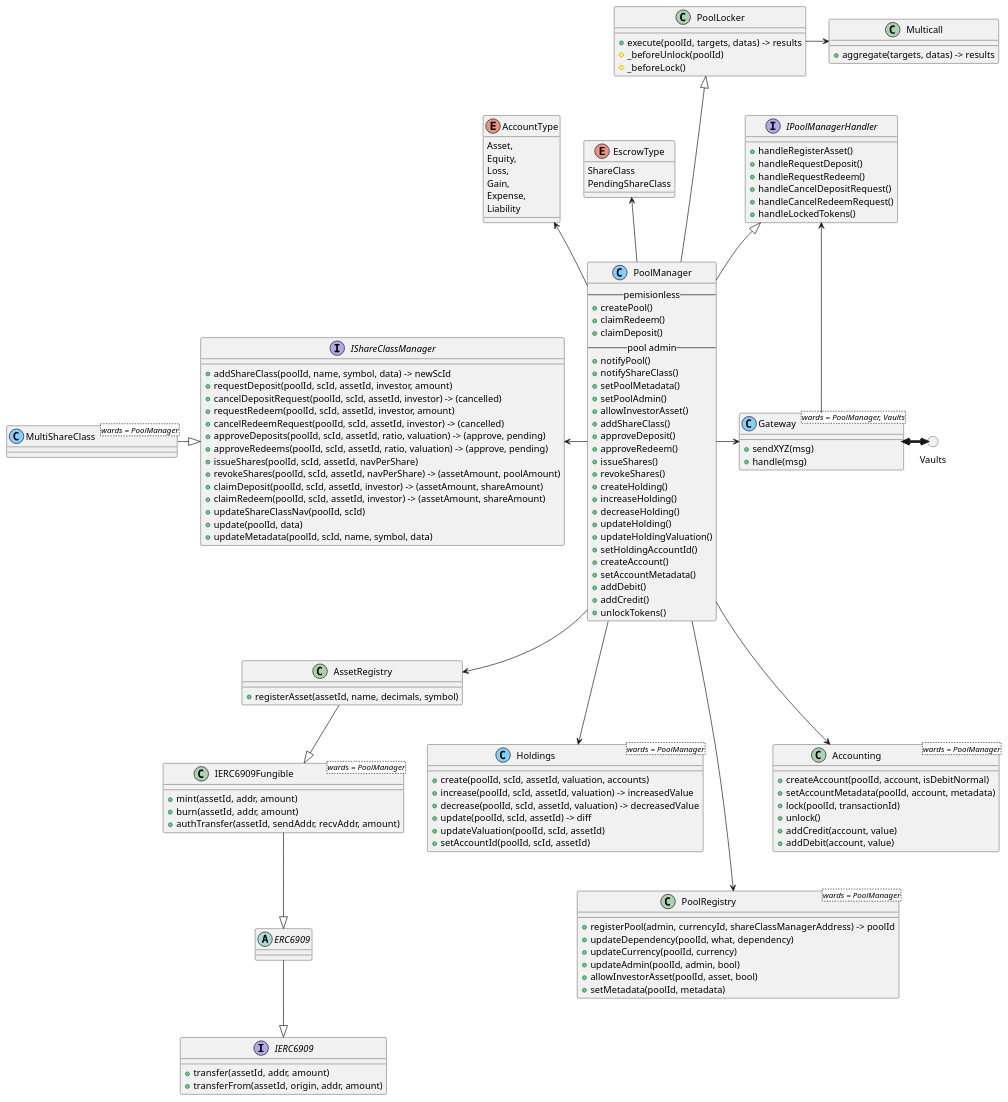
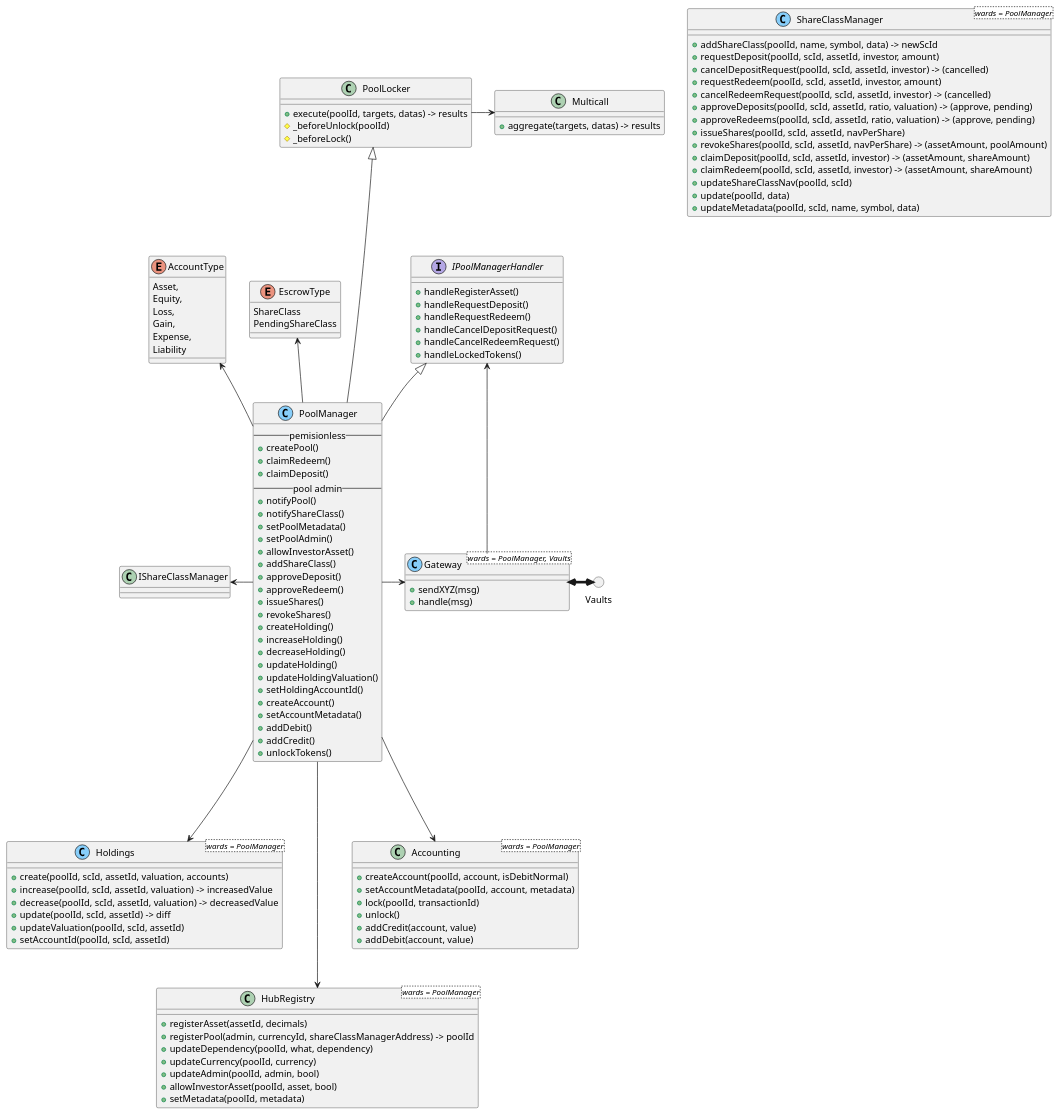
The diagram in docs/pools/architecture.puml (centrifuge/protocol), drawn with PlantUML before and after one commit. The commit also changed 53 other files, not shown here.

First line of the commit message:
Merge asset registry into `HubRegistry`, remove ERC6909 impl (#220)

```diff
--- a/docs/pools/architecture.puml
+++ b/docs/pools/architecture.puml
@@ -1,157 +1,131 @@
 @startuml
 circle Vaults
-
-interface IERC6909 {
-    + transfer(assetId, addr, amount)
-    + transferFrom(assetId, origin, addr, amount)
-}
-
-abstract ERC6909 { }
-
-ERC6909 --|> IERC6909
-
-class IERC6909Fungible<wards = PoolManager> {
-    + mint(assetId, addr, amount)
-    + burn(assetId, addr, amount)
-    + authTransfer(assetId, sendAddr, recvAddr, amount)
-}
-
-IERC6909Fungible --|> ERC6909
-
-class AssetRegistry {
-    + registerAsset(assetId, name, decimals, symbol)
-}
-
-AssetRegistry --|> IERC6909Fungible
 
 class Holdings<wards = PoolManager> <<(C, lightskyblue)>> {
     + create(poolId, scId, assetId, valuation, accounts)
     + increase(poolId, scId, assetId, valuation) -> increasedValue
     + decrease(poolId, scId, assetId, valuation) -> decreasedValue
     + update(poolId, scId, assetId) -> diff
     + updateValuation(poolId, scId, assetId)
     + setAccountId(poolId, scId, assetId)
 }
 
-class PoolRegistry<wards = PoolManager> {
+class HubRegistry<wards = PoolManager> {
+    + registerAsset(assetId, decimals)
     + registerPool(admin, currencyId, shareClassManagerAddress) -> poolId
     + updateDependency(poolId, what, dependency)
     + updateCurrency(poolId, currency)
     + updateAdmin(poolId, admin, bool)
     + allowInvestorAsset(poolId, asset, bool)
     + setMetadata(poolId, metadata)
 }
 
-interface IShareClassManager {
+class ShareClassManager<wards = PoolManager> <<(C, lightskyblue)>>{
     + addShareClass(poolId, name, symbol, data) -> newScId
     + requestDeposit(poolId, scId, assetId, investor, amount)
     + cancelDepositRequest(poolId, scId, assetId, investor) -> (cancelled)
     + requestRedeem(poolId, scId, assetId, investor, amount)
     + cancelRedeemRequest(poolId, scId, assetId, investor) -> (cancelled)
     + approveDeposits(poolId, scId, assetId, ratio, valuation) -> (approve, pending)
     + approveRedeems(poolId, scId, assetId, ratio, valuation) -> (approve, pending)
     + issueShares(poolId, scId, assetId, navPerShare)
     + revokeShares(poolId, scId, assetId, navPerShare) -> (assetAmount, poolAmount)
     + claimDeposit(poolId, scId, assetId, investor) -> (assetAmount, shareAmount)
     + claimRedeem(poolId, scId, assetId, investor) -> (assetAmount, shareAmount)
     + updateShareClassNav(poolId, scId)
     + update(poolId, data)
     + updateMetadata(poolId, scId, name, symbol, data)
 }
-
-class MultiShareClass<wards = PoolManager> <<(C, lightskyblue)>>{ }
-MultiShareClass -down|> IShareClassManager
 
 class Accounting<wards = PoolManager> {
     + createAccount(poolId, account, isDebitNormal)
     + setAccountMetadata(poolId, account, metadata)
     + lock(poolId, transactionId)
     + unlock()
     + addCredit(account, value)
     + addDebit(account, value)
 }
 
 class Multicall {
     + aggregate(targets, datas) -> results
 }
 
 class PoolLocker {
     + execute(poolId, targets, datas) -> results
     # _beforeUnlock(poolId)
     # _beforeLock()
 }
 
 PoolLocker -right-> Multicall
 
 enum EscrowType {
     ShareClass
     PendingShareClass
 }
 
 enum AccountType {
     Asset,
     Equity,
     Loss,
     Gain,
     Expense,
     Liability
 }
 
 interface IPoolManagerHandler {
     + handleRegisterAsset()
     + handleRequestDeposit()
     + handleRequestRedeem()
     + handleCancelDepositRequest()
     + handleCancelRedeemRequest()
     + handleLockedTokens()
 }
 
 class PoolManager <<(C, lightskyblue)>> {
     -- pemisionless --
     + createPool()
     + claimRedeem()
     + claimDeposit()
     -- pool admin --
     + notifyPool()
     + notifyShareClass()
     + setPoolMetadata()
     + setPoolAdmin()
     + allowInvestorAsset()
     + addShareClass()
     + approveDeposit()
     + approveRedeem()
     + issueShares()
     + revokeShares()
     + createHolding()
     + increaseHolding()
     + decreaseHolding()
     + updateHolding()
     + updateHoldingValuation()
     + setHoldingAccountId()
     + createAccount()
     + setAccountMetadata()
     + addDebit()
     + addCredit()
     + unlockTokens()
 }
 
 PoolManager -up-|> IPoolManagerHandler
 PoolManager -up--|> PoolLocker
 PoolManager -up-> EscrowType
 PoolManager -up-> AccountType
-PoolManager -down---> PoolRegistry
+PoolManager -down---> HubRegistry
 PoolManager -left-> IShareClassManager
 PoolManager -down--> Accounting
-PoolManager -down-> AssetRegistry
 PoolManager -down--> Holdings
 PoolManager -right-> Gateway
 
 class Gateway<wards = PoolManager, Vaults> <<(C, lightskyblue)>> {
     + sendXYZ(msg)
     + handle(msg)
 }
 
 Gateway <-[thickness=4]right-> Vaults
 Gateway -up-> IPoolManagerHandler
 
 @enduml
```
